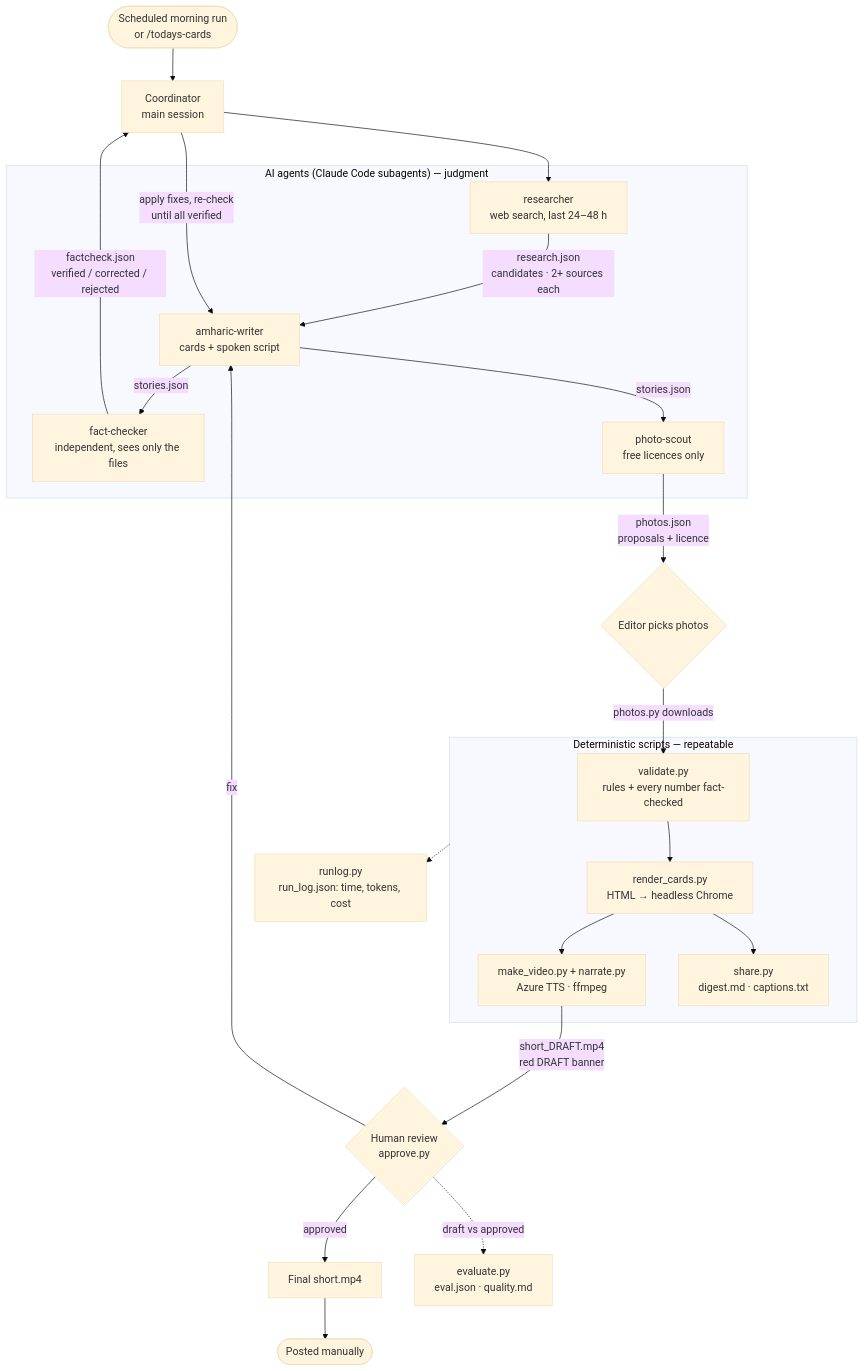
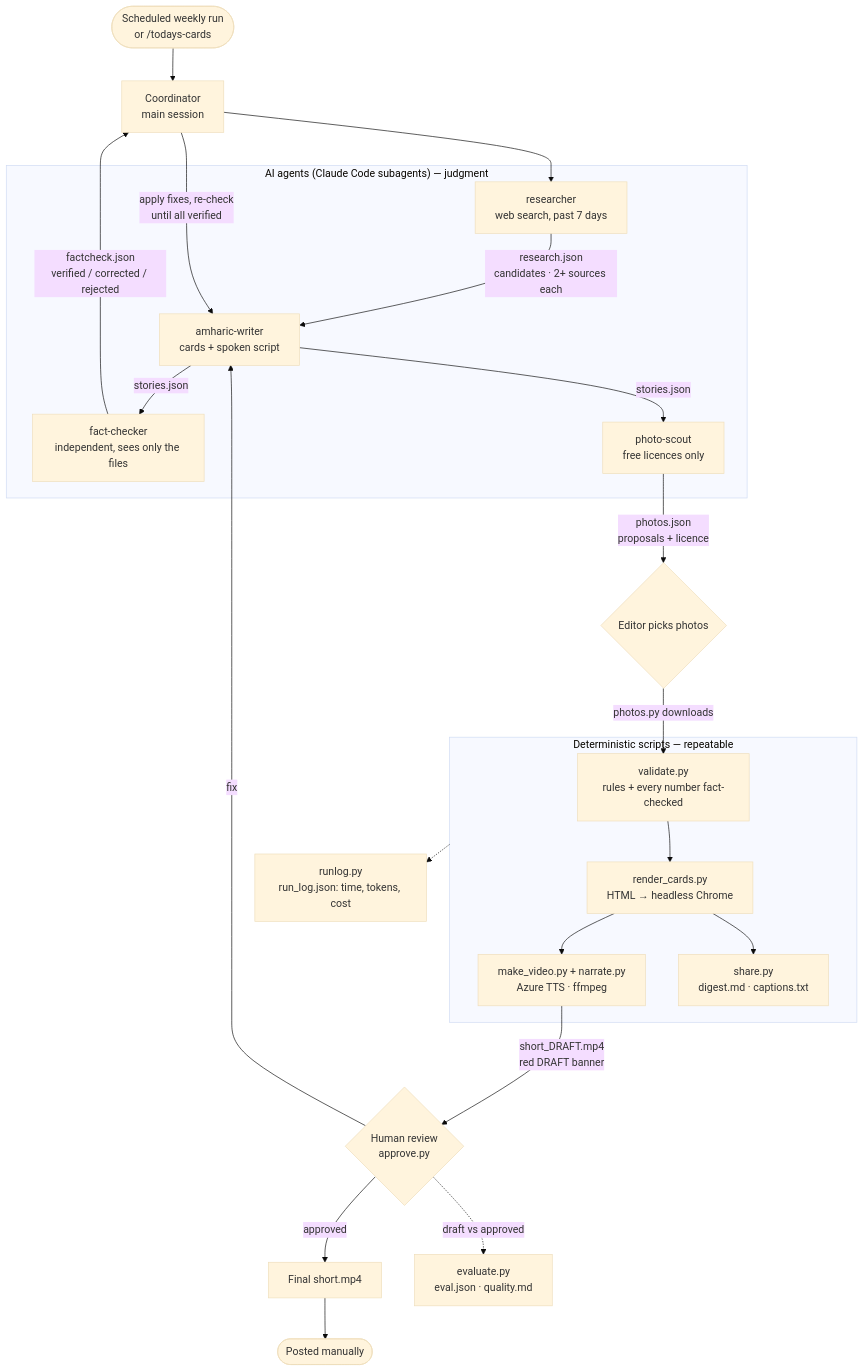
Before and after one commit to Tseg204/alem-zare-amharic-news: the diagram in README.md, drawn with Mermaid (base theme). The commit also changed other lines of this file and 12 other files, not shown here.

````diff
--- a/README.md
+++ b/README.md
@@ -19,35 +23,35 @@
 ```mermaid
 flowchart TB
-    T([Scheduled morning run<br/>or /todays-cards]) --> O
+    T([Scheduled weekly run<br/>or /todays-cards]) --> O
 
     subgraph Agents["AI agents (Claude Code subagents) — judgment"]
-        R[researcher<br/>web search, last 24–48 h]
+        R[researcher<br/>web search, past 7 days]
         W[amharic-writer<br/>cards + spoken script]
         F[fact-checker<br/>independent, sees only the files]
         P[photo-scout<br/>free licences only]
     end
 
     O[Coordinator<br/>main session] --> R
     R -->|research.json<br/>candidates · 2+ sources each| W
     W -->|stories.json| F
     W -->|stories.json| P
     F -->|factcheck.json<br/>verified / corrected / rejected| O
     O -->|apply fixes, re-check<br/>until all verified| W
     P -->|photos.json<br/>proposals + licence| G1{Editor picks photos}
 
     subgraph Scripts["Deterministic scripts — repeatable"]
         V[validate.py<br/>rules + every number fact-checked]
         RC[render_cards.py<br/>HTML → headless Chrome]
         MV[make_video.py + narrate.py<br/>Azure TTS · ffmpeg]
         SH[share.py<br/>digest.md · captions.txt]
     end
 
     G1 -->|photos.py downloads| V --> RC --> MV
     RC --> SH
     MV -->|short_DRAFT.mp4<br/>red DRAFT banner| G2{Human review<br/>approve.py}
     G2 -->|fix| W
     G2 -->|approved| FV[Final short.mp4] --> PM([Posted manually])
 
     G2 -.->|draft vs approved| EV[evaluate.py<br/>eval.json · quality.md]
     Scripts -.-> RL[runlog.py<br/>run_log.json: time, tokens, cost]
 ```
````
